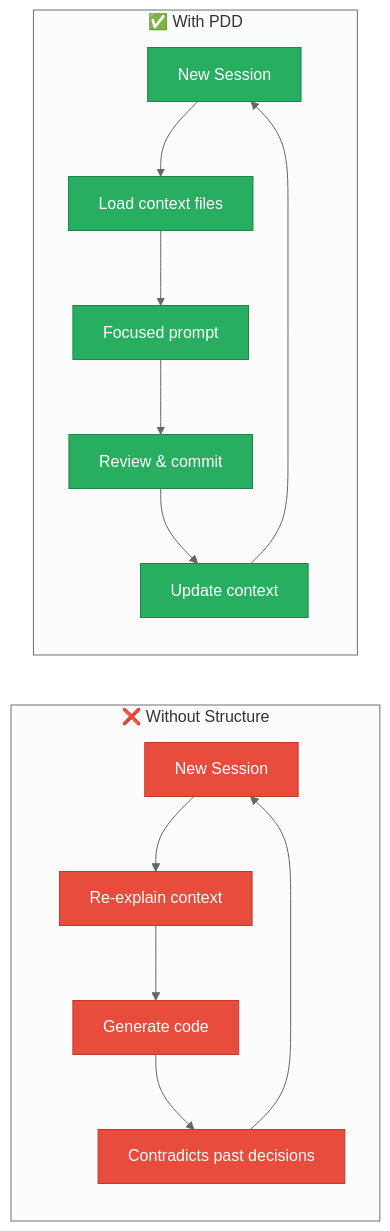
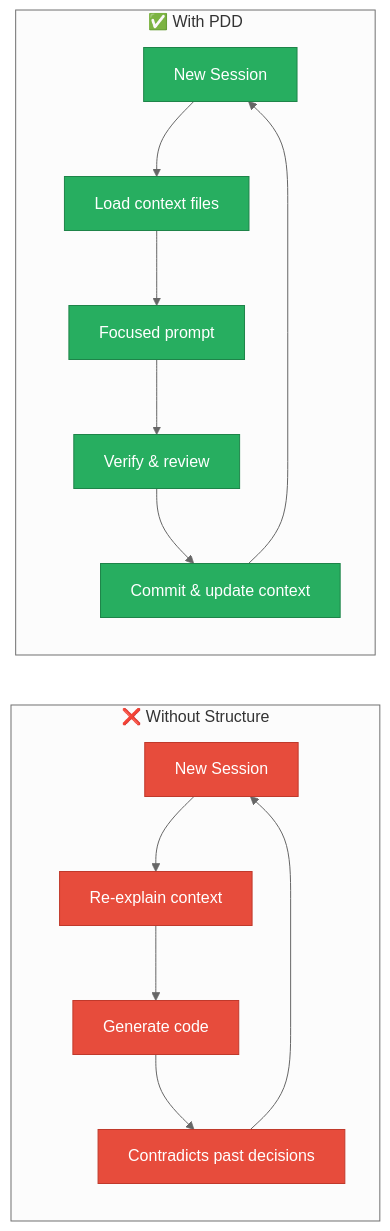
Before and after one commit to harshal2802/pdd-skill: the first of 5 diagrams in docs/philosophy.md, drawn with Mermaid (neutral theme). The commit also changed other lines of this file, not shown here.

First line of the commit message:
Update philosophy to reflect Search, Plan, and merged Review workflows

````diff
--- a/docs/philosophy.md
+++ b/docs/philosophy.md
@@ -25,27 +25,27 @@
 ```mermaid
 graph LR
     subgraph "❌ Without Structure"
         A[New Session] --> B[Re-explain context]
         B --> C[Generate code]
         C --> D[Contradicts past decisions]
         D --> A
     end
 
     subgraph "✅ With PDD"
         E[New Session] --> F[Load context files]
         F --> G[Focused prompt]
-        G --> H[Review & commit]
-        H --> I[Update context]
+        G --> H[Verify & review]
+        H --> I[Commit & update context]
         I --> E
     end
 
     style A fill:#e74c3c,stroke:#c0392b,color:#fff
     style B fill:#e74c3c,stroke:#c0392b,color:#fff
     style C fill:#e74c3c,stroke:#c0392b,color:#fff
     style D fill:#e74c3c,stroke:#c0392b,color:#fff
     style E fill:#27ae60,stroke:#1e8449,color:#fff
     style F fill:#27ae60,stroke:#1e8449,color:#fff
     style G fill:#27ae60,stroke:#1e8449,color:#fff
     style H fill:#27ae60,stroke:#1e8449,color:#fff
     style I fill:#27ae60,stroke:#1e8449,color:#fff
 ```
````
